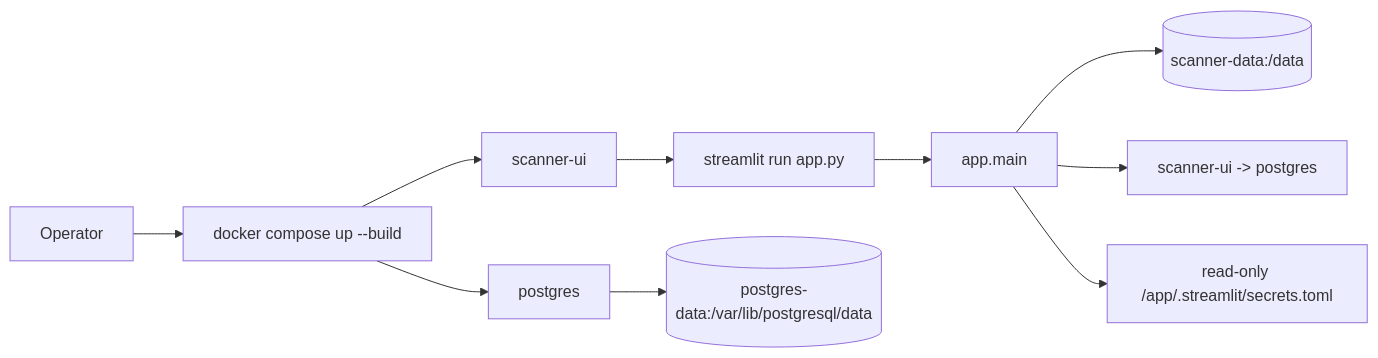
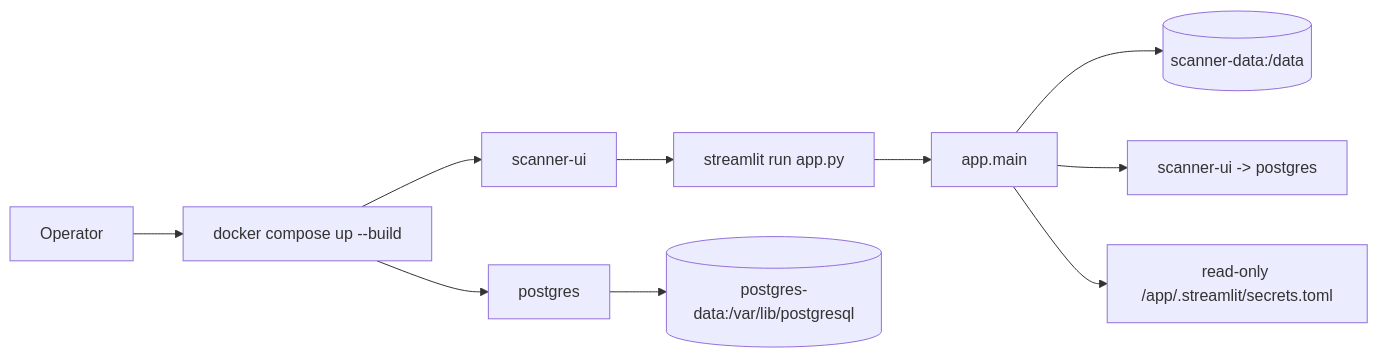
One commit to DoRmAmMu1997/Streamlit-Scanner-App changed the first of 2 diagrams in docs/architecture/components/deployment-runtime.md. Above: the diagram before and after it, drawn with Mermaid. The commit also changed other lines of this file and 5 other files, not shown here.

First line of the commit message:
fix(deploy): mount Postgres 18's data volume at /var/lib/postgresql

````diff
--- a/docs/architecture/components/deployment-runtime.md
+++ b/docs/architecture/components/deployment-runtime.md
@@ -25,12 +25,12 @@
 ```mermaid
 flowchart LR
     Operator["Operator"] --> Compose["docker compose up --build"]
     Compose --> UI["scanner-ui"]
     Compose --> PG["postgres"]
     UI --> Streamlit["streamlit run app.py"]
     Streamlit --> App["app.main"]
     App --> Data[("scanner-data:/data")]
     App --> DB["scanner-ui -> postgres"]
-    PG --> PGData[("postgres-data:/var/lib/postgresql/data")]
+    PG --> PGData[("postgres-data:/var/lib/postgresql")]
     App --> Secrets["read-only /app/.streamlit/secrets.toml"]
 ```
````
